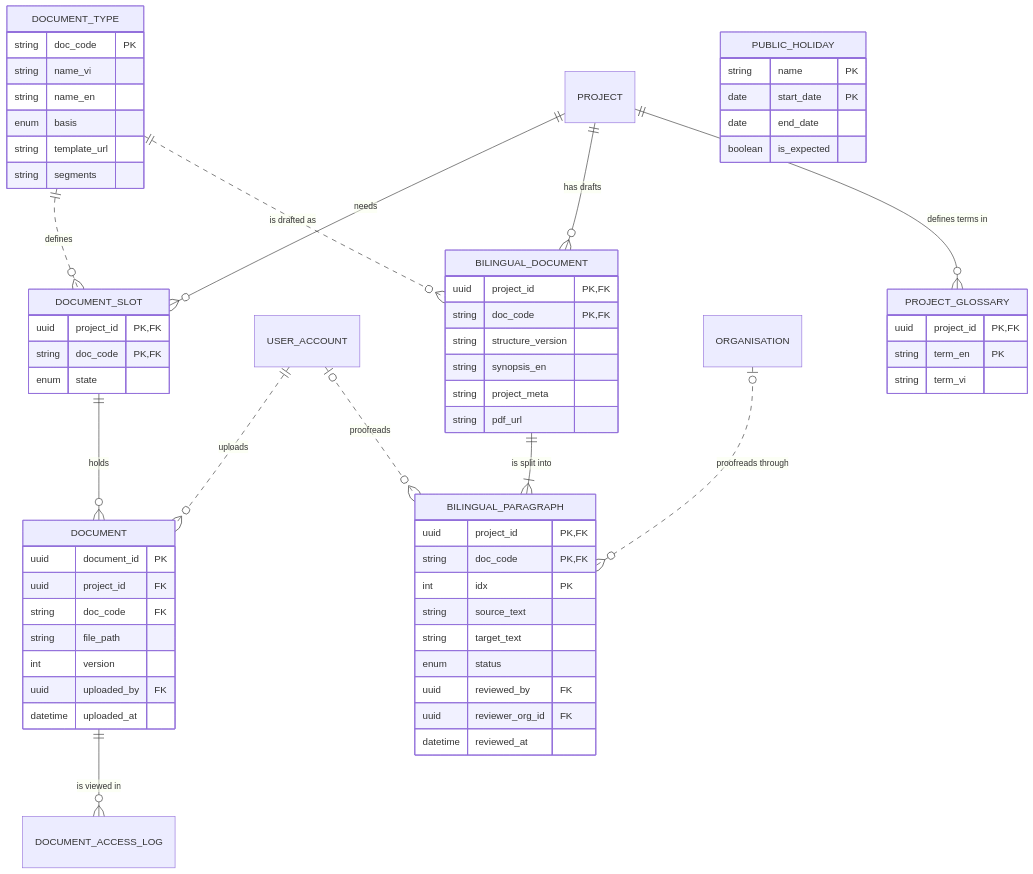
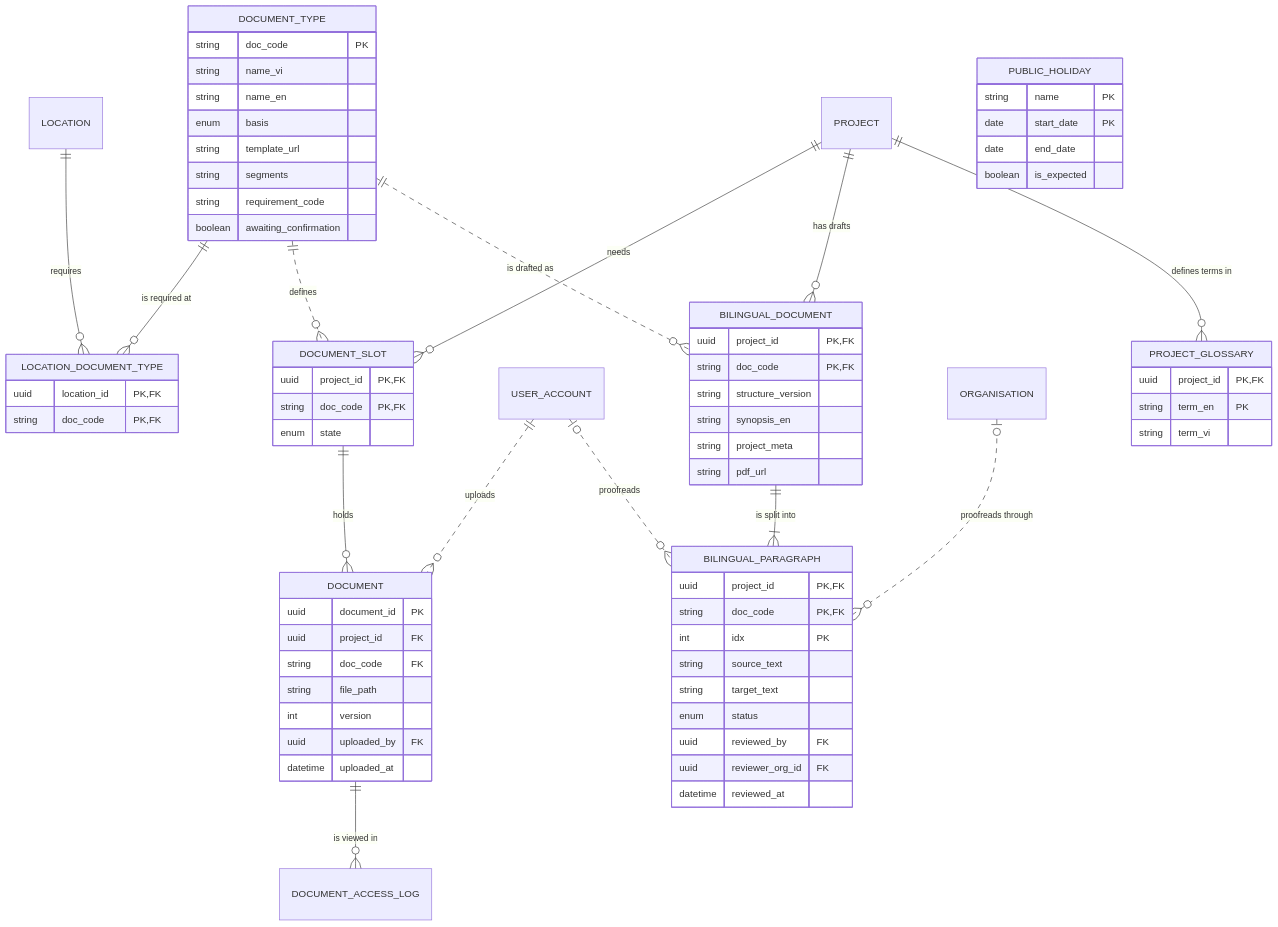
One commit to namnt2005/CINEMATCH-DBIZ3.TeamC changed the diagram in data/data-model-M5.md. Above: the diagram before and after it, drawn with Mermaid. The commit also changed other lines of this file and 136 other files, not shown here.

````diff
--- a/data/data-model-M5.md
+++ b/data/data-model-M5.md
@@ -173,66 +187,74 @@
 ```mermaid
 erDiagram
     DOCUMENT ||--o{ DOCUMENT_ACCESS_LOG : "is viewed in"
+    LOCATION ||--o{ LOCATION_DOCUMENT_TYPE : "requires"
+    DOCUMENT_TYPE ||--o{ LOCATION_DOCUMENT_TYPE : "is required at"
     DOCUMENT_TYPE ||..o{ DOCUMENT_SLOT : "defines"
     PROJECT ||--o{ DOCUMENT_SLOT : "needs"
     DOCUMENT_SLOT ||--o{ DOCUMENT : "holds"
     USER_ACCOUNT ||..o{ DOCUMENT : "uploads"
     PROJECT ||--o{ BILINGUAL_DOCUMENT : "has drafts"
     DOCUMENT_TYPE ||..o{ BILINGUAL_DOCUMENT : "is drafted as"
     BILINGUAL_DOCUMENT ||--|{ BILINGUAL_PARAGRAPH : "is split into"
     USER_ACCOUNT |o..o{ BILINGUAL_PARAGRAPH : "proofreads"
     ORGANISATION |o..o{ BILINGUAL_PARAGRAPH : "proofreads through"
     PROJECT ||--o{ PROJECT_GLOSSARY : "defines terms in"
     DOCUMENT_TYPE {
         string doc_code PK
         string name_vi
         string name_en
         enum basis
         string template_url
         string segments
+        string requirement_code
+        boolean awaiting_confirmation
+    }
+    LOCATION_DOCUMENT_TYPE {
+        uuid location_id PK,FK
+        string doc_code PK,FK
     }
     DOCUMENT_SLOT {
         uuid project_id PK,FK
         string doc_code PK,FK
         enum state
     }
     DOCUMENT {
         uuid document_id PK
         uuid project_id FK
         string doc_code FK
         string file_path
         int version
         uuid uploaded_by FK
         datetime uploaded_at
     }
     BILINGUAL_DOCUMENT {
         uuid project_id PK,FK
         string doc_code PK,FK
         string structure_version
         string synopsis_en
         string project_meta
         string pdf_url
     }
     BILINGUAL_PARAGRAPH {
         uuid project_id PK,FK
         string doc_code PK,FK
         int idx PK
         string source_text
         string target_text
         enum status
         uuid reviewed_by FK
         uuid reviewer_org_id FK
         datetime reviewed_at
     }
     PROJECT_GLOSSARY {
         uuid project_id PK,FK
         string term_en PK
         string term_vi
     }
     PUBLIC_HOLIDAY {
         string name PK
         date start_date PK
         date end_date
         boolean is_expected
     }
 ```
````
